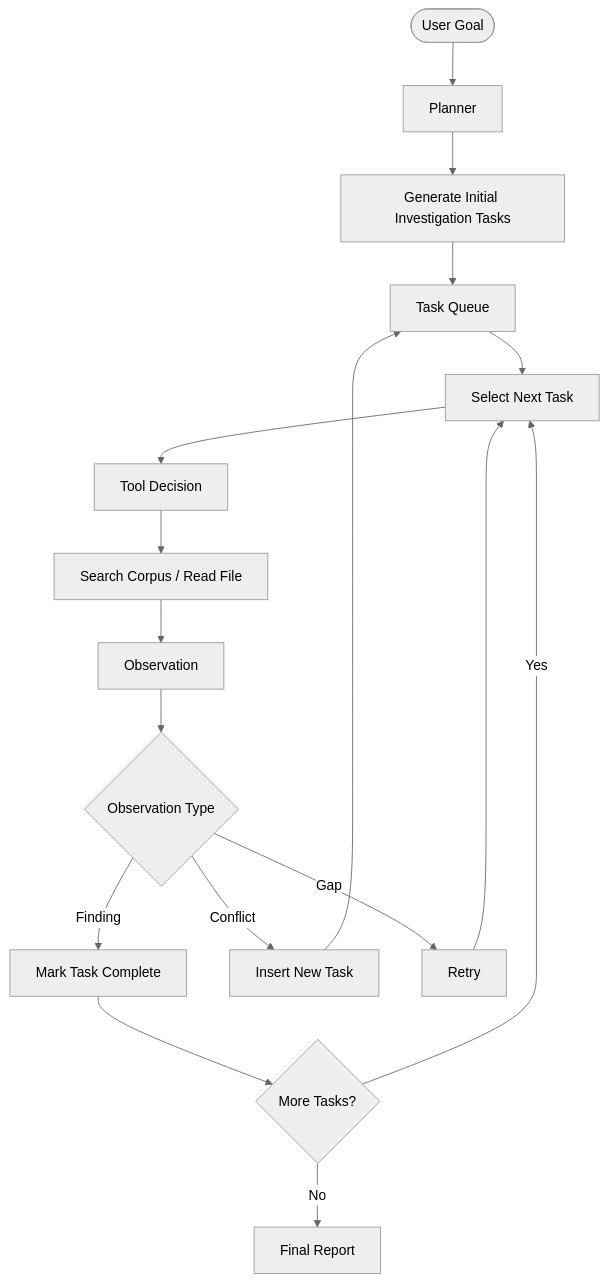
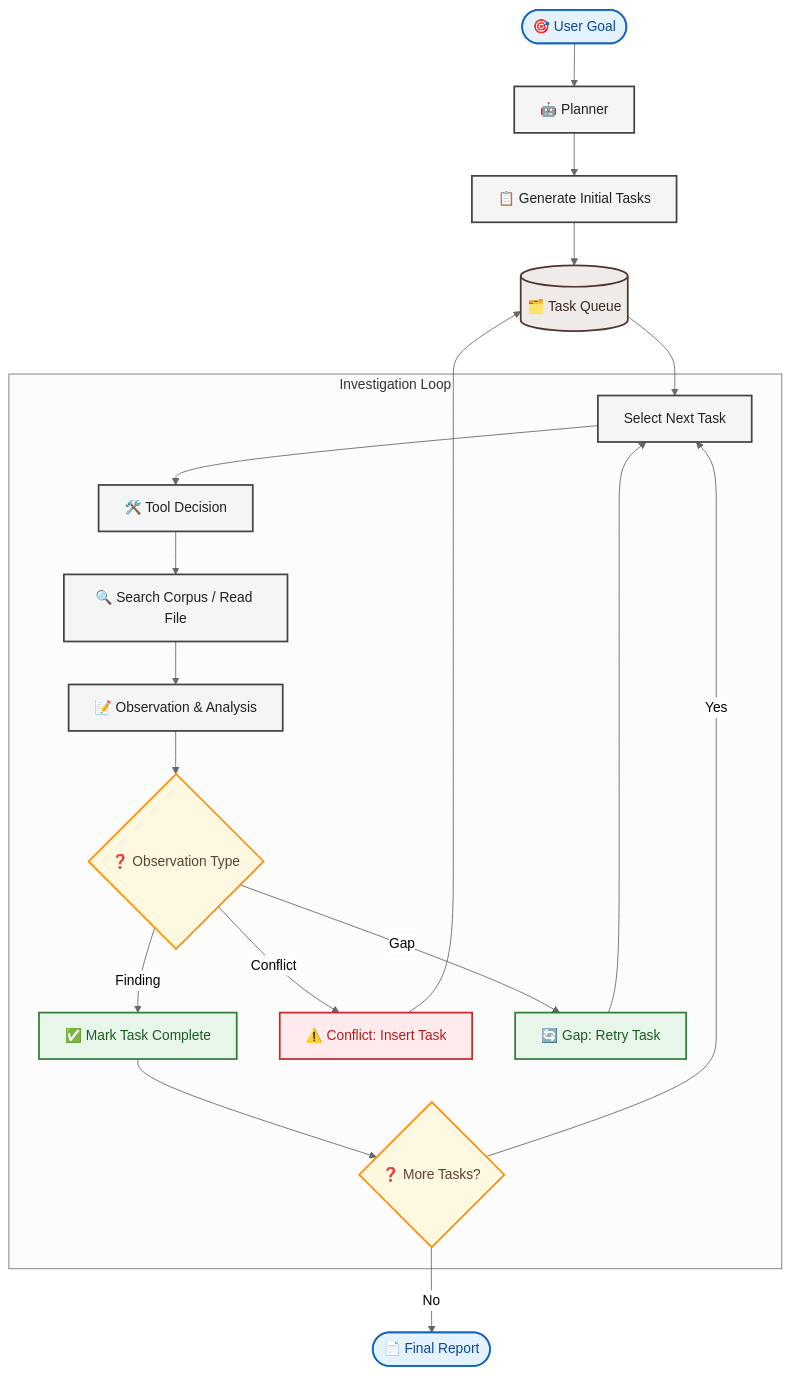
One commit to omerjadoon/lumina changed the diagram in docs/01_agent_architecture.mmd. Above: the diagram before and after it, drawn with Mermaid (neutral theme). The commit also changed 1 other file, not shown here.

```diff
--- a/docs/01_agent_architecture.mmd
+++ b/docs/01_agent_architecture.mmd
@@ -1,17 +1,39 @@
 flowchart TD
-A([User Goal])-->B[Planner]
-B-->C[Generate Initial Investigation Tasks]
-C-->D[Task Queue]
-D-->E[Select Next Task]
-E-->F[Tool Decision]
-F-->G[Search Corpus / Read File]
-G-->H[Observation]
-H-->I{Observation Type}
-I-->|Finding|J[Mark Task Complete]
-I-->|Conflict|K[Insert New Task]
-I-->|Gap|L[Retry]
-L-->E
-K-->D
-J-->N{More Tasks?}
-N-->|Yes|E
-N-->|No|O[Final Report]
+    %% Nodes
+    A([🎯 User Goal]) --> B[🤖 Planner]
+    B --> C[📋 Generate Initial Tasks]
+    C --> D[(🗂️ Task Queue)]
+
+    subgraph Loop [Investigation Loop]
+        E[Select Next Task] --> F[🛠️ Tool Decision]
+        F --> G[🔍 Search Corpus / Read File]
+        G --> H[📝 Observation & Analysis]
+        H --> I{❓ Observation Type}
+        
+        I -->|Finding| J[✅ Mark Task Complete]
+        I -->|Conflict| K[⚠️ Conflict: Insert Task]
+        I -->|Gap| L[🔄 Gap: Retry Task]
+        
+        L --> E
+        J --> N{❓ More Tasks?}
+        N -->|Yes| E
+    end
+
+    D --> E
+    K --> D
+    N -->|No| O([📄 Final Report])
+
+    %% Styling
+    classDef startEnd fill:#e3f2fd,stroke:#1565c0,stroke-width:2px,color:#0d47a1;
+    classDef process fill:#f5f5f5,stroke:#424242,stroke-width:2px,color:#212121;
+    classDef decision fill:#fff8e1,stroke:#ff8f00,stroke-width:2px,color:#5d4037;
+    classDef db fill:#efebe9,stroke:#4e342e,stroke-width:2px,color:#3e2723;
+    classDef success fill:#e8f5e9,stroke:#2e7d32,stroke-width:2px,color:#1b5e20;
+    classDef alert fill:#ffebee,stroke:#c62828,stroke-width:2px,color:#b71c1c;
+
+    class A,O startEnd;
+    class B,C,E,F,G,H process;
+    class D db;
+    class I,N decision;
+    class J,L success;
+    class K alert;
```
